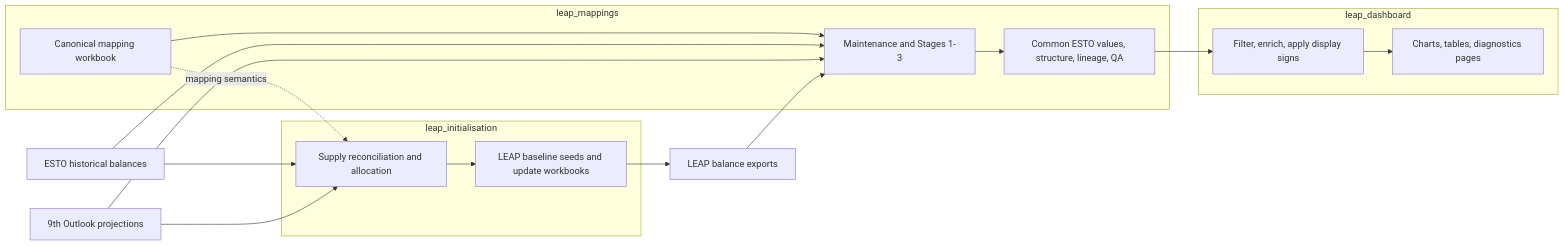
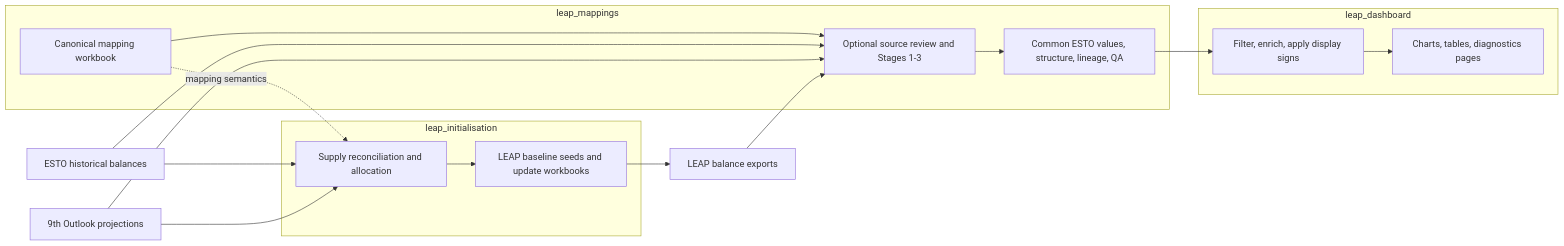
One commit to asia-pacific-energy-research-centre/leap_mappings changed the first of 3 diagrams in docs/handover/README.md. Above: the diagram before and after it, drawn with Mermaid. The commit also changed other lines of this file and 30 other files, not shown here.

````diff
--- a/docs/handover/README.md
+++ b/docs/handover/README.md
@@ -29,34 +29,34 @@
 ```mermaid
 flowchart LR
     ESTO["ESTO historical balances"]
     NINTH["9th Outlook projections"]
     LEAP["LEAP balance exports"]
 
     subgraph M["leap_mappings"]
         WB["Canonical mapping workbook"]
-        PIPE["Maintenance and Stages 1-3"]
+        PIPE["Optional source review and Stages 1-3"]
         COMMON["Common ESTO values, structure, lineage, QA"]
         WB --> PIPE --> COMMON
     end
 
     subgraph I["leap_initialisation"]
         RECON["Supply reconciliation and allocation"]
         SEEDS["LEAP baseline seeds and update workbooks"]
         RECON --> SEEDS
     end
 
     subgraph D["leap_dashboard"]
         PREP["Filter, enrich, apply display signs"]
         VIEWS["Charts, tables, diagnostics pages"]
         PREP --> VIEWS
     end
 
     ESTO --> PIPE
     NINTH --> PIPE
     LEAP --> PIPE
     ESTO --> RECON
     NINTH --> RECON
     WB -. "mapping semantics" .-> RECON
     COMMON --> PREP
     SEEDS --> LEAP
 ```
````
